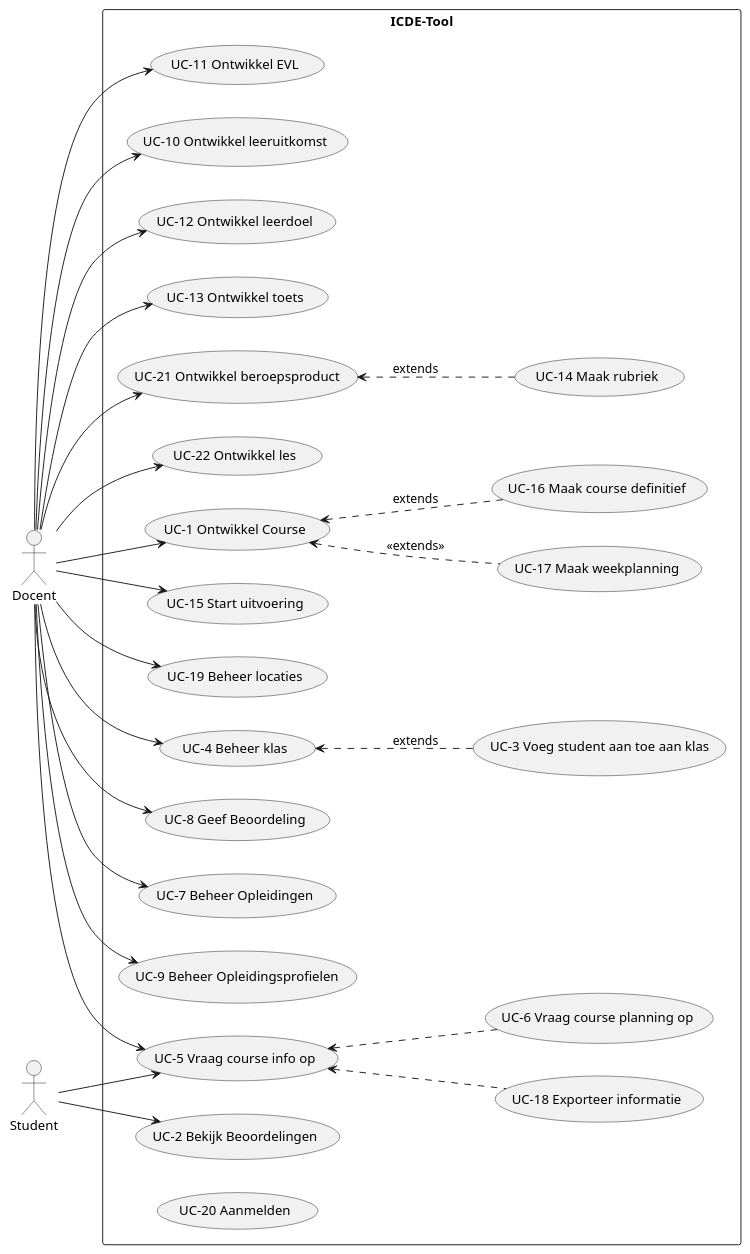
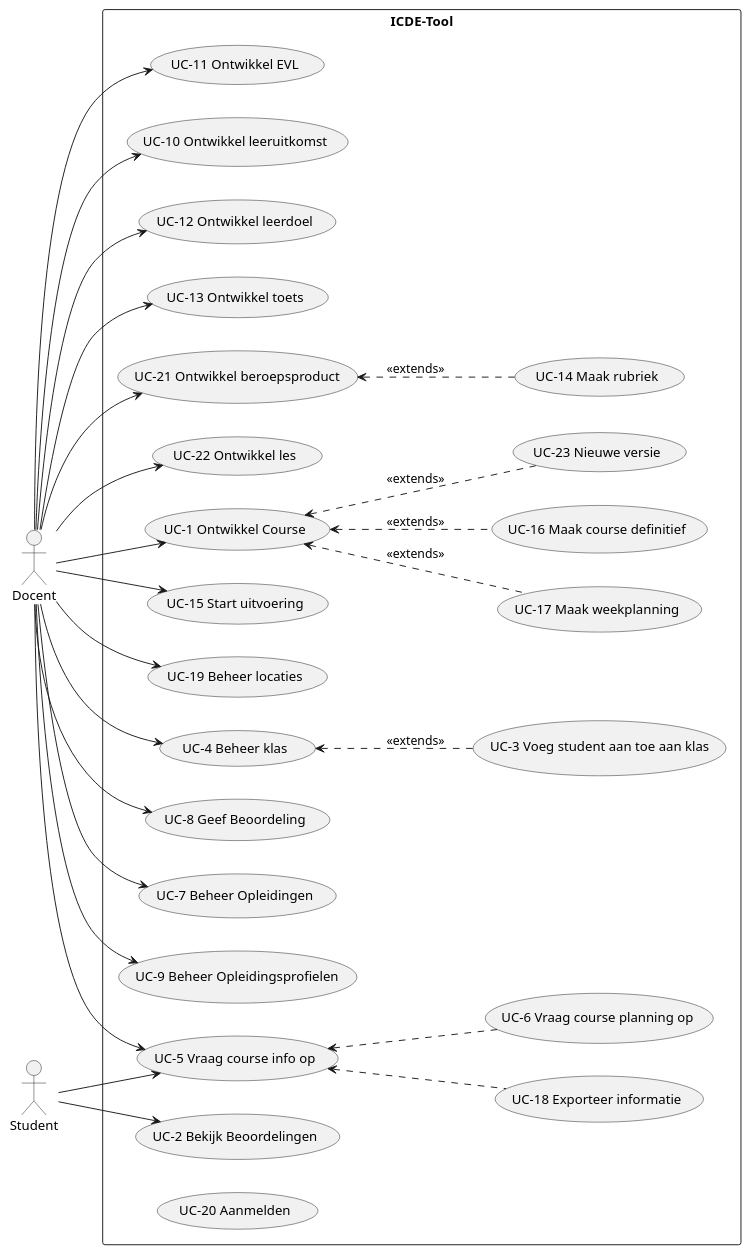
The first of 2 diagrams in docs/fo/index.md (thommythompson/han-oose), drawn with PlantUML before and after one commit. The commit also changed other lines of this file and 5 other files, not shown here.

````diff
--- a/docs/fo/index.md
+++ b/docs/fo/index.md
@@ -110,52 +96,54 @@
 ```plantuml
 left to right direction
 actor "Docent" as d
 actor "Student" as s
 rectangle ICDE-Tool {
     usecase "UC-11 Ontwikkel EVL" as UC11
     usecase "UC-10 Ontwikkel leeruitkomst" as UC10
     usecase "UC-12 Ontwikkel leerdoel" as UC12
     usecase "UC-13 Ontwikkel toets" as UC13
     usecase "UC-21 Ontwikkel beroepsproduct" as UC21
     usecase "UC-14 Maak rubriek" as UC14
     usecase "UC-22 Ontwikkel les" as UC22
     usecase "UC-1 Ontwikkel Course" as UC1
     usecase "UC-17 Maak weekplanning" as UC17
     usecase "UC-16 Maak course definitief" as UC16
     usecase "UC-15 Start uitvoering" as UC15
     usecase "UC-19 Beheer locaties" as UC19
     usecase "UC-4 Beheer klas" as UC4
     usecase "UC-8 Geef Beoordeling" as UC8
     usecase "UC-3 Voeg student aan toe aan klas" as UC3
     usecase "UC-7 Beheer Opleidingen" as UC7
     usecase "UC-9 Beheer Opleidingsprofielen" as UC9
     usecase "UC-5 Vraag course info op" as UC5
     usecase "UC-18 Exporteer informatie" as UC18
     usecase "UC-6 Vraag course planning op" as UC6
     usecase "UC-2 Bekijk Beoordelingen" as UC2
     usecase "UC-20 Aanmelden" as UC20
+    usecase "UC-23 Nieuwe versie" as UC23
 }
 
 d --> UC11
 d --> UC10
 d --> UC12
 d --> UC13
 d --> UC21
-UC21 <.. UC14 : extends
+UC21 <.. UC14 : <<extends>>
 d --> UC22
 d --> UC1
 UC1 <.. UC17 : <<extends>>
-UC1 <.. UC16 : extends
+UC1 <.. UC16 : <<extends>>
+UC1 <.. UC23 : <<extends>>
 d --> UC15
 d --> UC19
 d --> UC4
-UC4 <.. UC3 : extends
+UC4 <.. UC3 : <<extends>>
 d --> UC8
 d --> UC7
 d --> UC9
 d --> UC5
 s --> UC5
 UC5 <.. UC18
 UC5 <.. UC6
 s --> UC2
 ```
````
